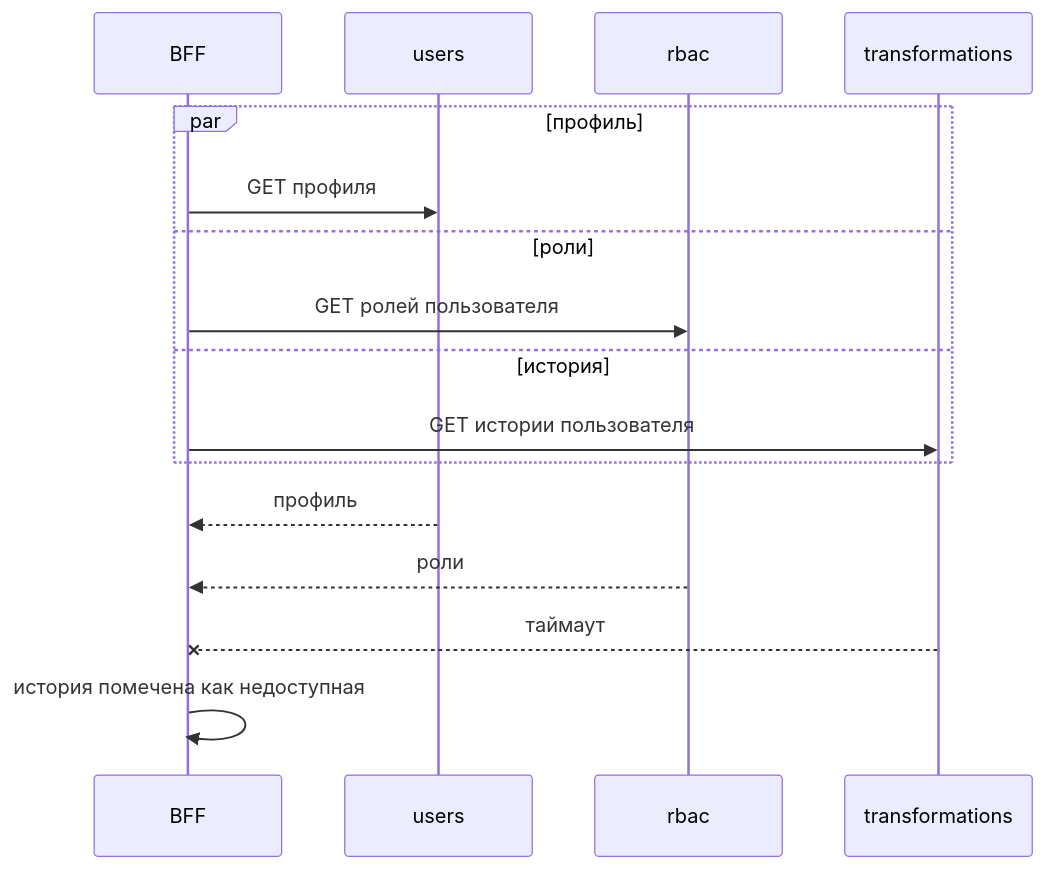
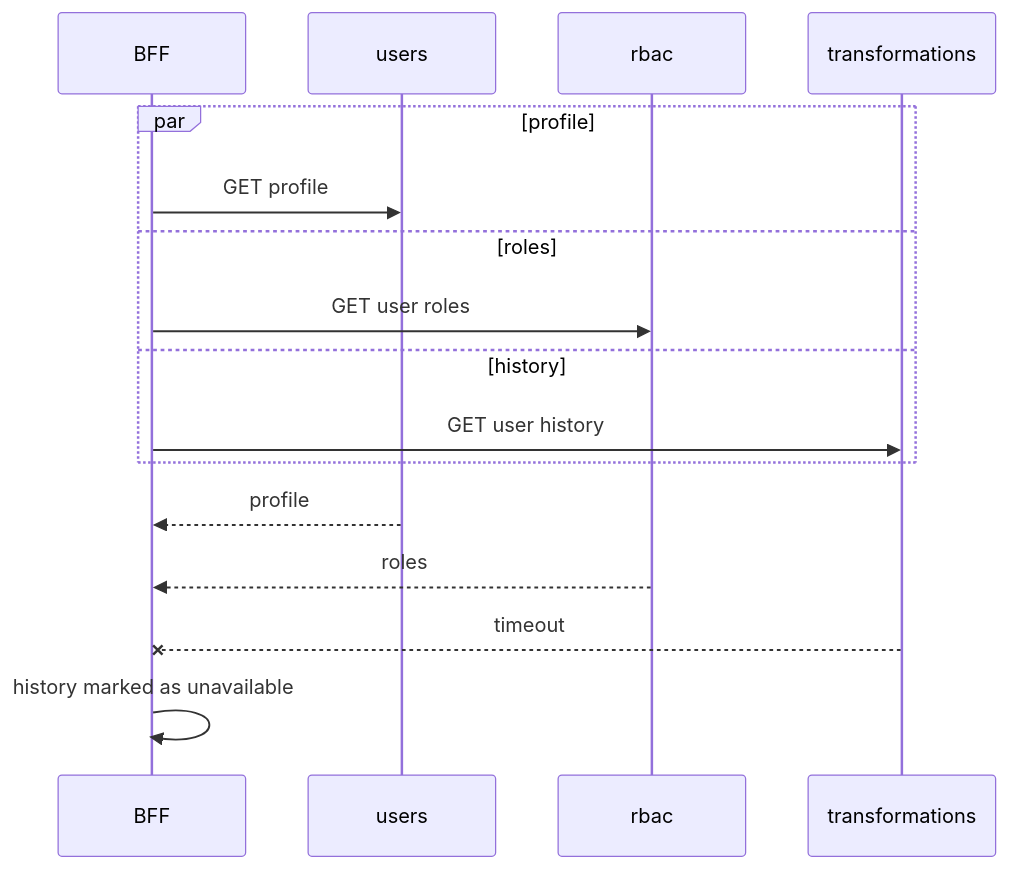
The fourth of 4 diagrams in courses-content/backend/B/1/en/0.2 Синхронное взаимодействие.md (pavel-skripko-innowise/inno-fe-be-a1), drawn with Mermaid before and after one commit. The commit also changed other lines of this file and 35 other files, not shown here.

````diff
--- a/courses-content/backend/B/1/en/0.2 Синхронное взаимодействие.md
+++ b/courses-content/backend/B/1/en/0.2 Синхронное взаимодействие.md
@@ -196,18 +196,18 @@
 ```mermaid
 sequenceDiagram
   participant B as BFF
   participant U as users
   participant R as rbac
   participant T as transformations
-  par профиль
-    B->>U: GET профиля
-  and роли
-    B->>R: GET ролей пользователя
-  and история
-    B->>T: GET истории пользователя
+  par profile
+    B->>U: GET profile
+  and roles
+    B->>R: GET user roles
+  and history
+    B->>T: GET user history
   end
-  U-->>B: профиль
-  R-->>B: роли
-  T--xB: таймаут
-  B->>B: история помечена как недоступная
+  U-->>B: profile
+  R-->>B: roles
+  T--xB: timeout
+  B->>B: history marked as unavailable
 ```
````
